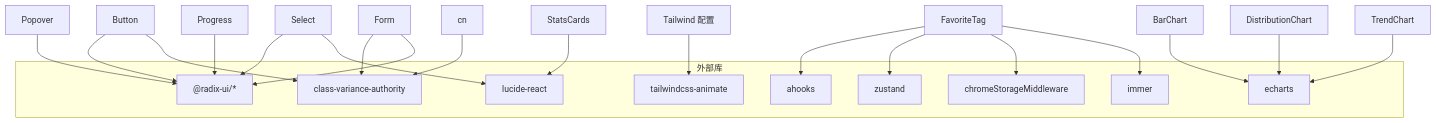
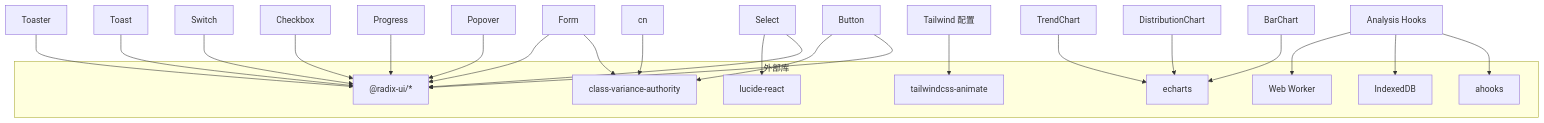
One commit to RadiumAg/bilibili-favorites changed the eighth of 8 diagrams in .qoder/repowiki/zh/content/UI组件系统/UI组件系统.md. Above: the diagram before and after it, drawn with Mermaid. The commit also changed other lines of this file and 21 other files, not shown here.

````diff
--- a/.qoder/repowiki/zh/content/UI组件系统/UI组件系统.md
+++ b/.qoder/repowiki/zh/content/UI组件系统/UI组件系统.md
@@ -800,32 +646,33 @@
 ```mermaid
 graph TB
 subgraph "外部库"
 RUI["@radix-ui/*"]
 CVA["class-variance-authority"]
 LUCIDE["lucide-react"]
 ANI["tailwindcss-animate"]
-AH["ahooks"]
-ZUS["zustand"]
-IMMER["immer"]
-CSSM["chromeStorageMiddleware"]
 ECHARTS["echarts"]
+AHOOKS["ahooks"]
+IDB["IndexedDB"]
+WORKER["Web Worker"]
 end
 Btn["Button"] --> RUI
 Btn --> CVA
 Sel["Select"] --> RUI
 Sel --> LUCIDE
 Pop["Popover"] --> RUI
 Prog["Progress"] --> RUI
 Form["Form"] --> CVA
 Form --> RUI
+Checkbox["Checkbox"] --> RUI
+Switch["Switch"] --> RUI
+Toast["Toast"] --> RUI
+Toaster["Toaster"] --> RUI
 Utils["cn"] --> CVA
 TW["Tailwind 配置"] --> ANI
-FTag["FavoriteTag"] --> AH
-FTag --> ZUS
-FTag --> CSSM
-FTag --> IMMER
 BarChart["BarChart"] --> ECHARTS
 DistributionChart["DistributionChart"] --> ECHARTS
 TrendChart["TrendChart"] --> ECHARTS
-StatsCards["StatsCards"] --> LUCIDE
+AnalysisHooks["Analysis Hooks"] --> AHOOKS
+AnalysisHooks --> IDB
+AnalysisHooks --> WORKER
 ```
````
